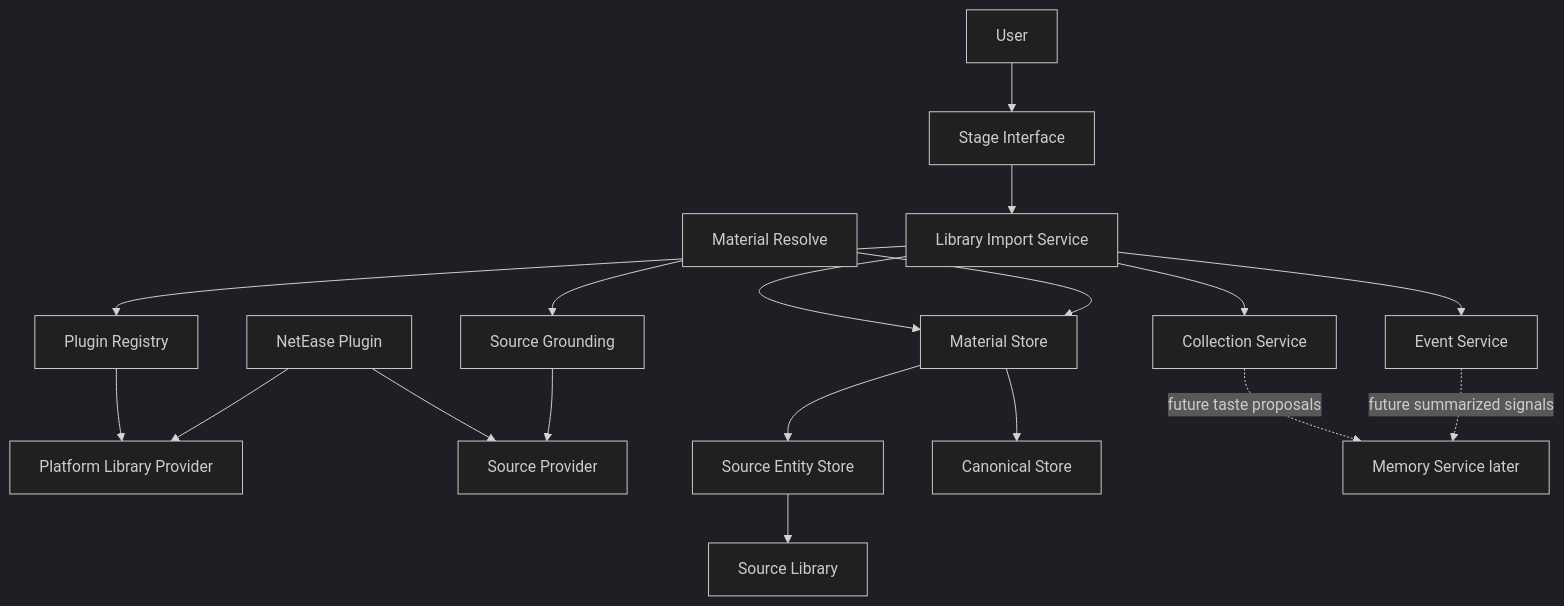
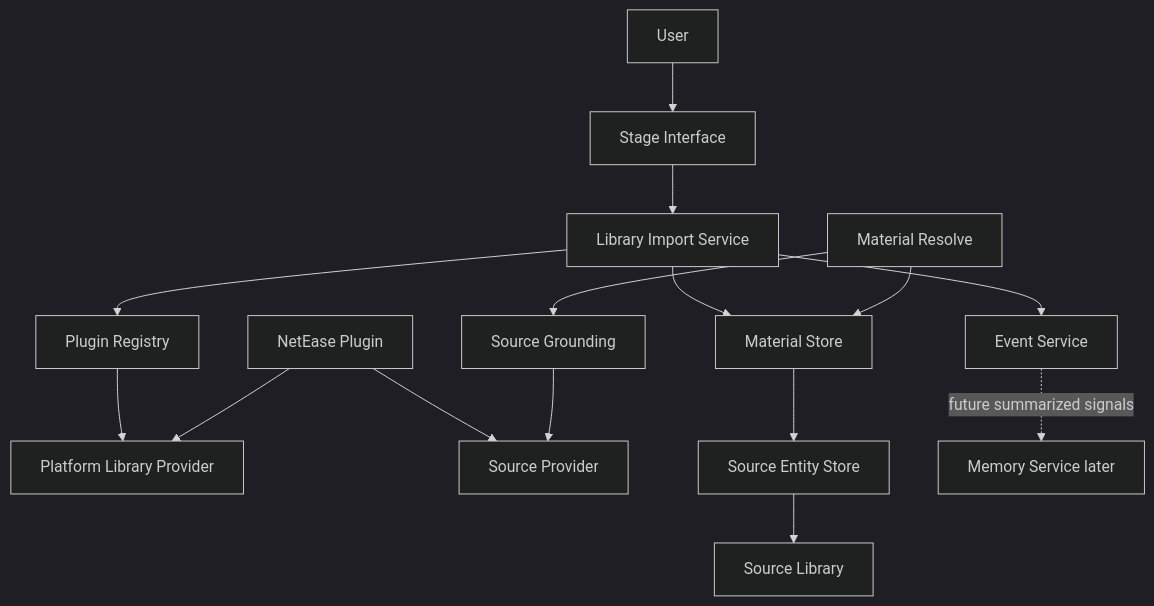
The first of 2 diagrams in docs/library-import/design.md (Odefined/MineMusic), drawn with Mermaid (dark theme) before and after one commit. The commit also changed other lines of this file and 11 other files, not shown here.

````diff
--- a/docs/library-import/design.md
+++ b/docs/library-import/design.md
@@ -76,37 +76,32 @@
 ```mermaid
 flowchart TD
     User["User"]
     StageInterface["Stage Interface"]
     ImportService["Library Import Service"]
     PluginRegistry["Plugin Registry"]
     LibraryProvider["Platform Library Provider"]
     SourceProvider["Source Provider"]
     NetEasePlugin["NetEase Plugin"]
     MaterialStore["Material Store"]
     SourceEntityStore["Source Entity Store"]
-    CanonicalStore["Canonical Store"]
     SourceLibrary["Source Library"]
-    CollectionService["Collection Service"]
     EventService["Event Service"]
     MaterialResolve["Material Resolve"]
     SourceGrounding["Source Grounding"]
     MemoryService["Memory Service later"]
 
     User --> StageInterface
     StageInterface --> ImportService
     ImportService --> PluginRegistry
     PluginRegistry --> LibraryProvider
     NetEasePlugin --> LibraryProvider
     NetEasePlugin --> SourceProvider
     ImportService --> MaterialStore
     MaterialStore --> SourceEntityStore
-    MaterialStore --> CanonicalStore
     SourceEntityStore --> SourceLibrary
-    ImportService --> CollectionService
     ImportService --> EventService
     MaterialResolve --> SourceGrounding
     MaterialResolve --> MaterialStore
     SourceGrounding --> SourceProvider
-    CollectionService -. "future taste proposals" .-> MemoryService
     EventService -. "future summarized signals" .-> MemoryService
 ```
````
